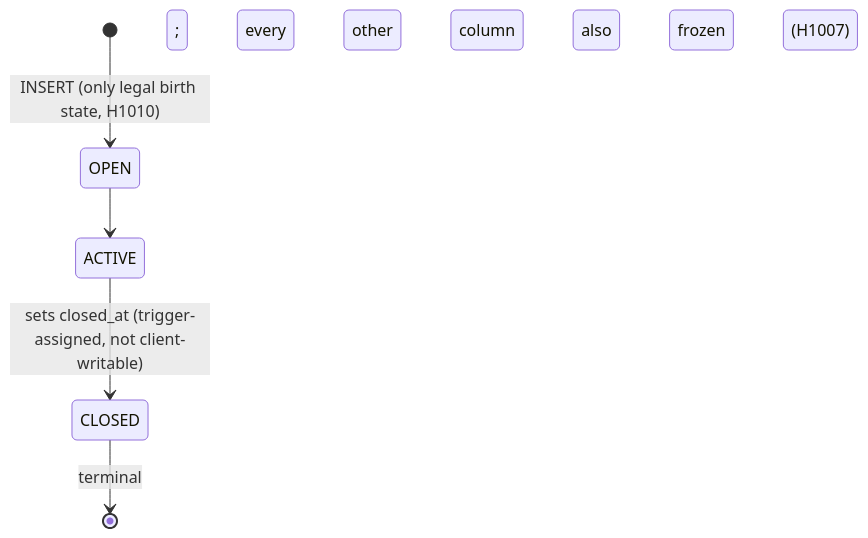
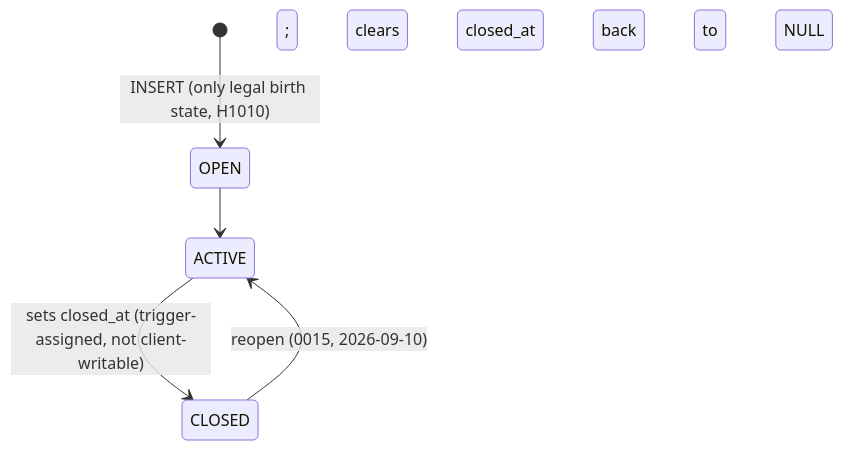
One commit to awarewaveai-pei/Work changed the first of 6 diagrams in Projects/internal/hci30/docs/domain/HCI_STATE_MACHINES.md. Above: the diagram before and after it, drawn with Mermaid. The commit also changed other lines of this file and 12 other files, not shown here.

````diff
--- a/Projects/internal/hci30/docs/domain/HCI_STATE_MACHINES.md
+++ b/Projects/internal/hci30/docs/domain/HCI_STATE_MACHINES.md
@@ -11,7 +11,7 @@
 ```mermaid
 stateDiagram-v2
     [*] --> OPEN: INSERT (only legal birth state, H1010)
     OPEN --> ACTIVE
     ACTIVE --> CLOSED: sets closed_at (trigger-assigned, not client-writable)
-    CLOSED --> [*]: terminal; every other column also frozen (H1007)
+    CLOSED --> ACTIVE: reopen (0015, 2026-09-10); clears closed_at back to NULL
 ```
````
